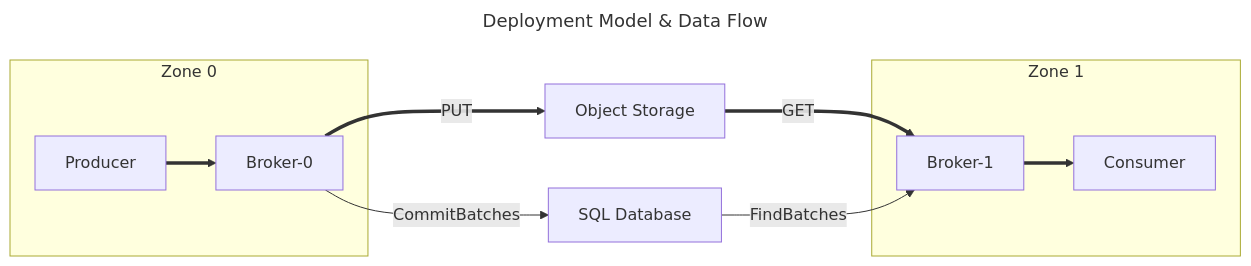
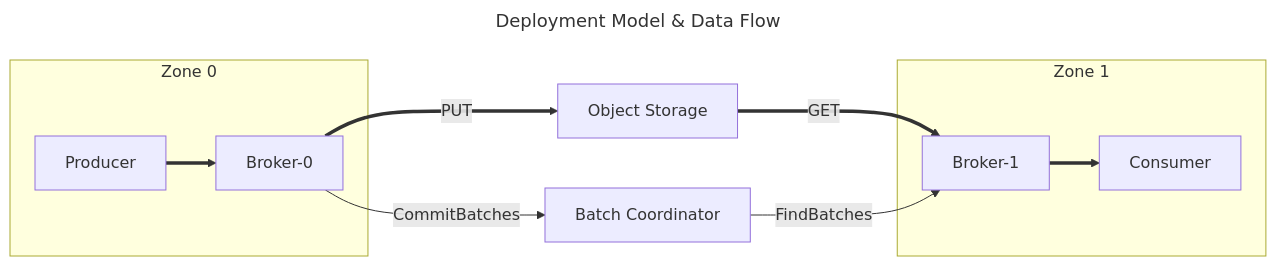
The third of 4 diagrams in docs/inkless/ARCHITECTURE.md (aiven/inkless), drawn with Mermaid before and after one commit. The commit also changed other lines of this file, not shown here.

Commit message:
New architecture diagrams

````diff
--- a/docs/inkless/ARCHITECTURE.md
+++ b/docs/inkless/ARCHITECTURE.md
@@ -45,22 +87,22 @@
 ```mermaid
 ---
 title: Deployment Model & Data Flow
 ---
 flowchart LR
     subgraph AZ0[Zone 0]
         Producer[Producer]
         Broker00[Broker-0]
     end
     subgraph AZ1[Zone 1]
         Consumer[Consumer]
         Broker10[Broker-1]
     end
     ObjectStorage[Object Storage]
-    BatchIndex[SQL Database]
+    BatchIndex[Batch Coordinator]
     
     Producer ==> Broker00 == PUT ==> ObjectStorage
     Broker00 -- CommitBatches --> BatchIndex
     
     ObjectStorage == GET ==> Broker10 ==> Consumer
     BatchIndex -- FindBatches --> Broker10
 ```
````
